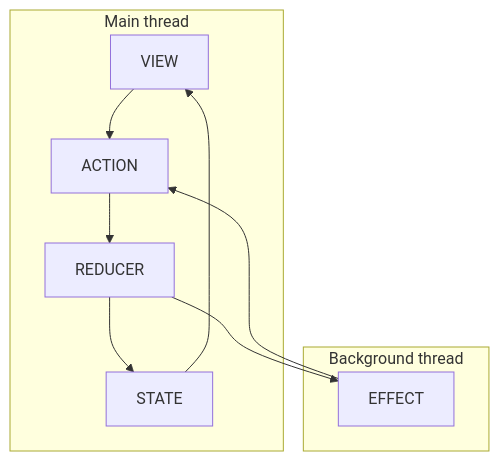
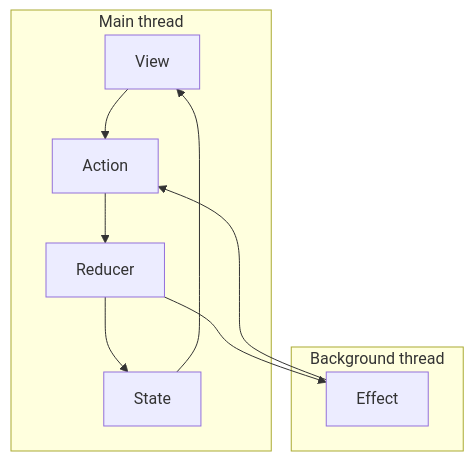
The fourth of 6 diagrams in README.md (stephtelolahy/WildWestOnline), drawn with Mermaid before and after one commit. The commit also changed other lines of this file and 76 other files, not shown here.

````diff
--- a/README.md
+++ b/README.md
@@ -90,13 +87,13 @@
 ```mermaid
 graph TD;
   subgraph Main thread
-    VIEW --> ACTION
-    ACTION --> REDUCER
-    REDUCER --> STATE
-    STATE --> VIEW
+    View --> Action
+    Action --> Reducer
+    Reducer --> State
+    State --> View
   end
   subgraph Background thread
-    REDUCER --> EFFECT
-    EFFECT --> ACTION
+    Reducer --> Effect
+    Effect --> Action
   end
 ```
````
